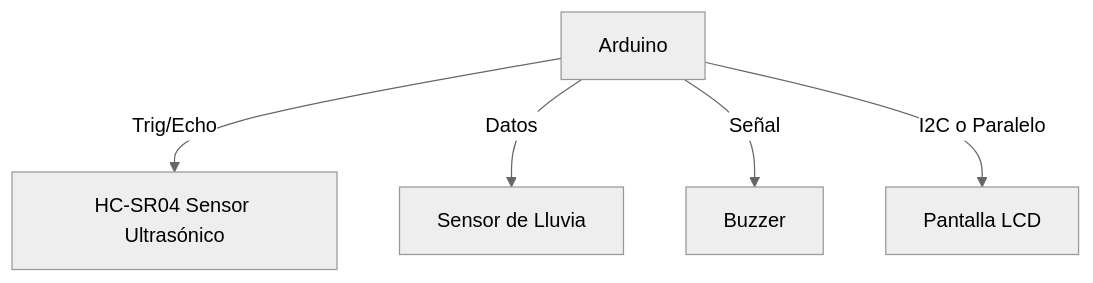
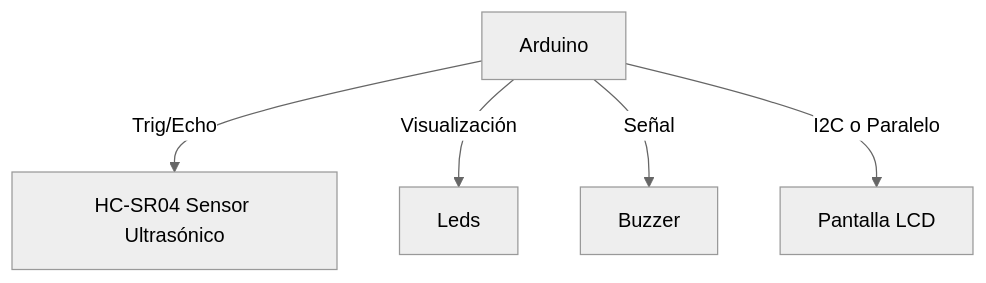
One commit to JohnRojas06289/IOT2025 changed the first of 3 diagrams in README.md. Above: the diagram before and after it, drawn with Mermaid (neutral theme). The commit also changed other lines of this file, not shown here.

````diff
--- a/README.md
+++ b/README.md
@@ -74,8 +74,8 @@
 ```mermaid
 graph TD;
     A[Arduino] -->|Trig/Echo| B[HC-SR04 Sensor Ultrasónico]
-    A -->|Datos| C[Sensor de Lluvia]
+    A -->|Visualización| C[Leds]
     A -->|Señal| D[Buzzer]
     A -->|I2C o Paralelo| E[Pantalla LCD]
 
 ```
````
